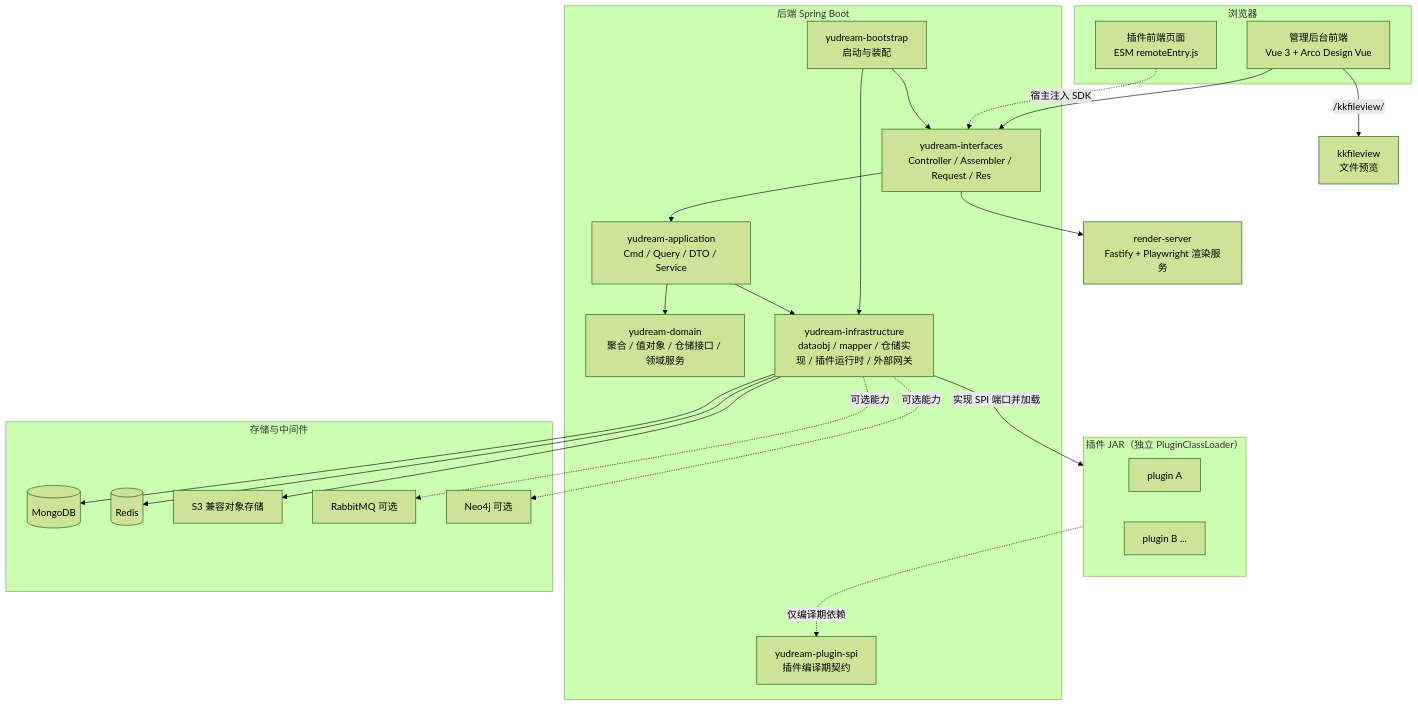
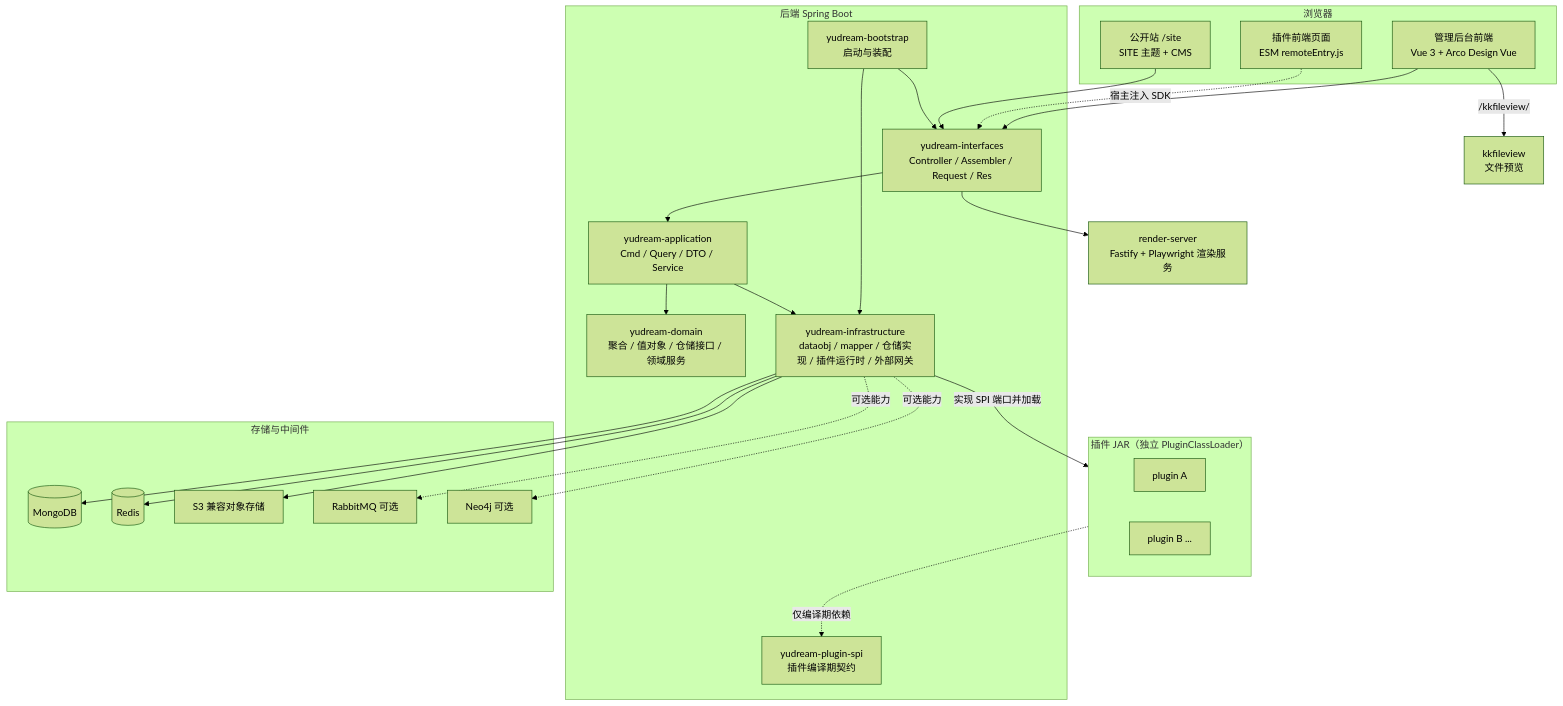
One commit to mcyudream/YuDream-Admin changed the first of 6 diagrams in yd-docs/docs/guide/architecture.md. Above: the diagram before and after it, drawn with Mermaid (forest theme). The commit also changed other lines of this file and 13 other files, not shown here.

````diff
--- a/yd-docs/docs/guide/architecture.md
+++ b/yd-docs/docs/guide/architecture.md
@@ -12,44 +12,46 @@
 ```mermaid
 flowchart TB
     subgraph Client["浏览器"]
         UI[管理后台前端<br/>Vue 3 + Arco Design Vue]
         PluginUI[插件前端页面<br/>ESM remoteEntry.js]
+        Site[公开站 /site<br/>SITE 主题 + CMS]
     end
 
     subgraph Server["后端 Spring Boot"]
         BOOT[yudream-bootstrap<br/>启动与装配]
         IF[yudream-interfaces<br/>Controller / Assembler / Request / Res]
         APP[yudream-application<br/>Cmd / Query / DTO / Service]
         DOM[yudream-domain<br/>聚合 / 值对象 / 仓储接口 / 领域服务]
         INFRA[yudream-infrastructure<br/>dataobj / mapper / 仓储实现 / 插件运行时 / 外部网关]
         SPI[yudream-plugin-spi<br/>插件编译期契约]
     end
 
     subgraph Plugins["插件 JAR（独立 PluginClassLoader）"]
         P1[plugin A]
         P2[plugin B ...]
     end
 
     subgraph Storage["存储与中间件"]
         MG[(MongoDB)]
         RD[(Redis)]
         S3[S3 兼容对象存储]
         MQ[RabbitMQ 可选]
         G[Neo4j 可选]
     end
 
     RS[render-server<br/>Fastify + Playwright 渲染服务]
     KV[kkfileview<br/>文件预览]
 
     UI --> IF
     PluginUI -.->|宿主注入 SDK| IF
+    Site --> IF
     BOOT --> IF & INFRA
     IF --> APP --> DOM
     APP --> INFRA
     INFRA --> MG & RD & S3
     INFRA -.->|可选能力| MQ & G
     INFRA -->|实现 SPI 端口并加载| Plugins
     Plugins -.->|仅编译期依赖| SPI
     IF --> RS
     UI -->|/kkfileview/| KV
 ```
````
